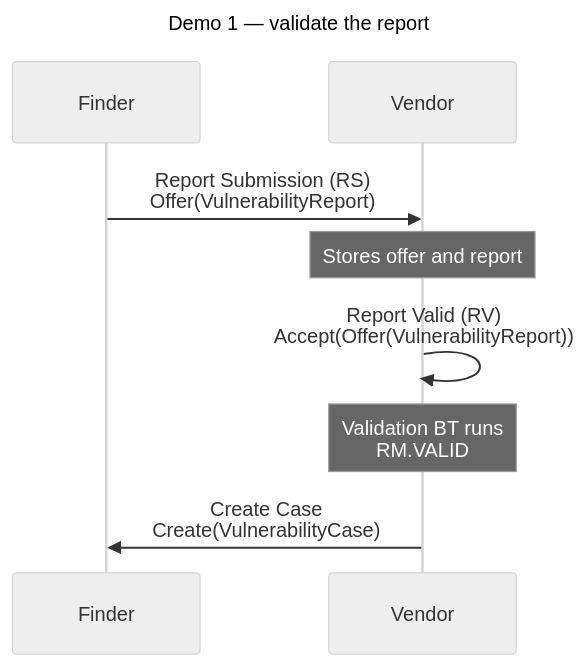
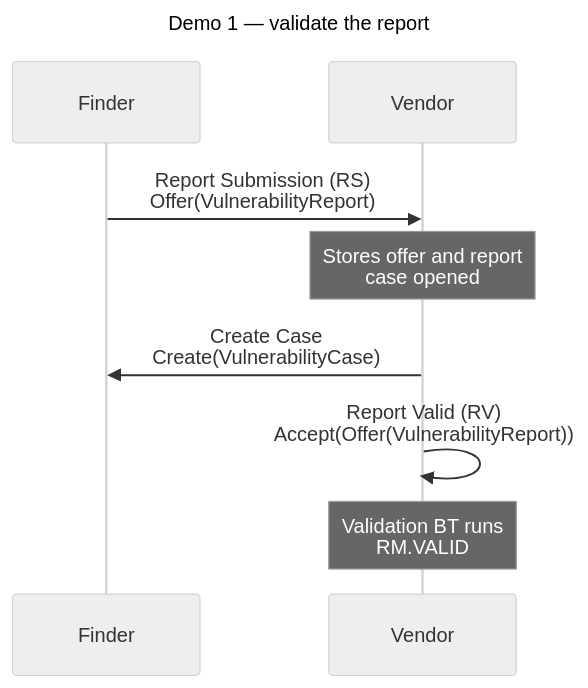
The first of 3 diagrams in docs/tutorials/receive_report_demo.md (CERTCC/Vultron), drawn with Mermaid (neutral theme) before and after one commit. The commit also changed other lines of this file, not shown here.

First line of the commit message:
docs(tutorial): receive-report demo submits through the finder's trigger

````diff
--- a/docs/tutorials/receive_report_demo.md
+++ b/docs/tutorials/receive_report_demo.md
@@ -121,14 +124,14 @@
 ```mermaid
 ---
 title: Demo 1 — validate the report
 ---
 sequenceDiagram
     participant F as Finder
     participant V as Vendor
 
     F->>V: Report Submission (RS)<br/>Offer(VulnerabilityReport)
-    Note over V: Stores offer and report
+    Note over V: Stores offer and report<br/>case opened
+    V->>F: Create Case<br/>Create(VulnerabilityCase)
     V->>V: Report Valid (RV)<br/>Accept(Offer(VulnerabilityReport))
     Note over V: Validation BT runs<br/>RM.VALID
-    V->>F: Create Case<br/>Create(VulnerabilityCase)
 ```
````
